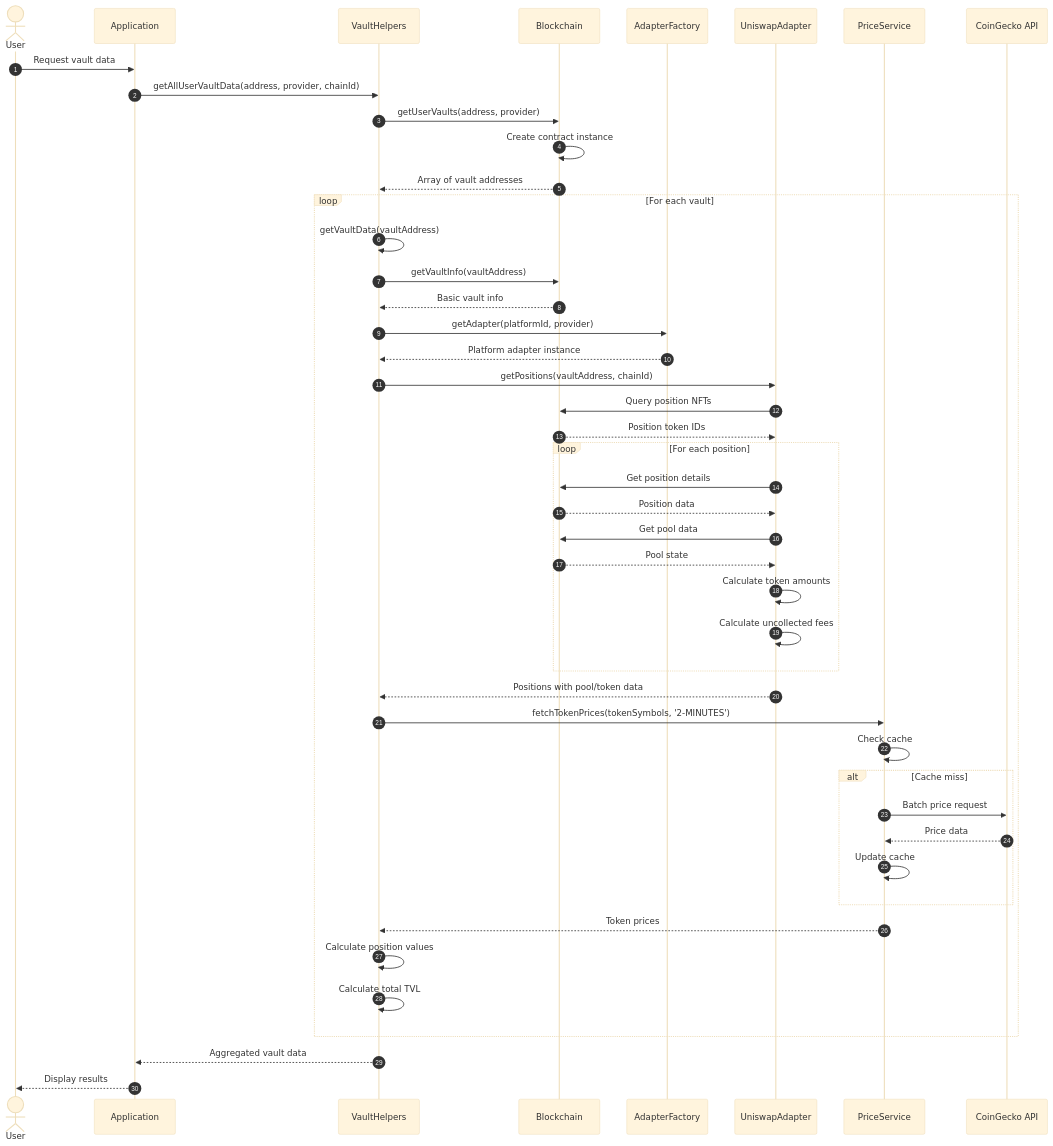
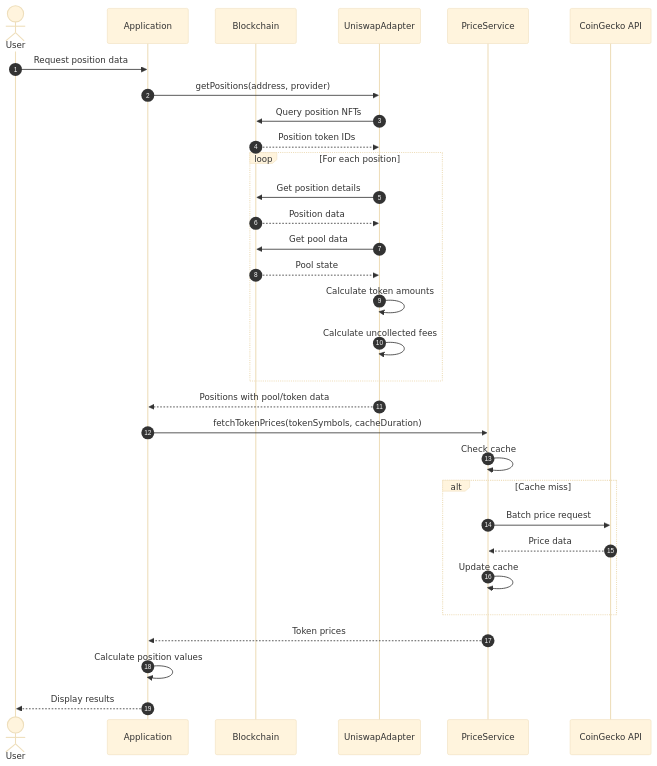
One commit to derrek-b/fum_project changed the first of 4 diagrams in docs/diagrams/mermaid/sequence-diagrams.md. Above: the diagram before and after it, drawn with Mermaid (base theme). The commit also changed other lines of this file and 58 other files, not shown here.

````diff
--- a/docs/diagrams/mermaid/sequence-diagrams.md
+++ b/docs/diagrams/mermaid/sequence-diagrams.md
@@ -5,60 +5,40 @@
 ```mermaid
 sequenceDiagram
     autonumber
     actor User
     participant App as Application
-    participant VH as VaultHelpers
     participant BC as Blockchain
-    participant AF as AdapterFactory
     participant UA as UniswapAdapter
     participant PS as PriceService
     participant CG as CoinGecko API
-    
-    User->>App: Request vault data
-    App->>VH: getAllUserVaultData(address, provider, chainId)
-    
-    VH->>BC: getUserVaults(address, provider)
-    BC->>BC: Create contract instance
-    BC-->>VH: Array of vault addresses
-    
-    loop For each vault
-        VH->>VH: getVaultData(vaultAddress)
-        VH->>BC: getVaultInfo(vaultAddress)
-        BC-->>VH: Basic vault info
-        
-        VH->>AF: getAdapter(platformId, provider)
-        AF-->>VH: Platform adapter instance
-        
-        VH->>UA: getPositions(vaultAddress, chainId)
-        UA->>BC: Query position NFTs
-        BC-->>UA: Position token IDs
-        
-        loop For each position
-            UA->>BC: Get position details
-            BC-->>UA: Position data
-            UA->>BC: Get pool data
-            BC-->>UA: Pool state
-            UA->>UA: Calculate token amounts
-            UA->>UA: Calculate uncollected fees
-        end
-        
-        UA-->>VH: Positions with pool/token data
-        
-        VH->>PS: fetchTokenPrices(tokenSymbols, '2-MINUTES')
-        PS->>PS: Check cache
-        
-        alt Cache miss
-            PS->>CG: Batch price request
-            CG-->>PS: Price data
-            PS->>PS: Update cache
-        end
-        
-        PS-->>VH: Token prices
-        
-        VH->>VH: Calculate position values
-        VH->>VH: Calculate total TVL
+
+    User->>App: Request position data
+    App->>UA: getPositions(address, provider)
+
+    UA->>BC: Query position NFTs
+    BC-->>UA: Position token IDs
+
+    loop For each position
+        UA->>BC: Get position details
+        BC-->>UA: Position data
+        UA->>BC: Get pool data
+        BC-->>UA: Pool state
+        UA->>UA: Calculate token amounts
+        UA->>UA: Calculate uncollected fees
     end
-    
-    VH-->>App: Aggregated vault data
+
+    UA-->>App: Positions with pool/token data
+
+    App->>PS: fetchTokenPrices(tokenSymbols, cacheDuration)
+    PS->>PS: Check cache
+
+    alt Cache miss
+        PS->>CG: Batch price request
+        CG-->>PS: Price data
+        PS->>PS: Update cache
+    end
+
+    PS-->>App: Token prices
+    App->>App: Calculate position values
     App-->>User: Display results
 ```
````
